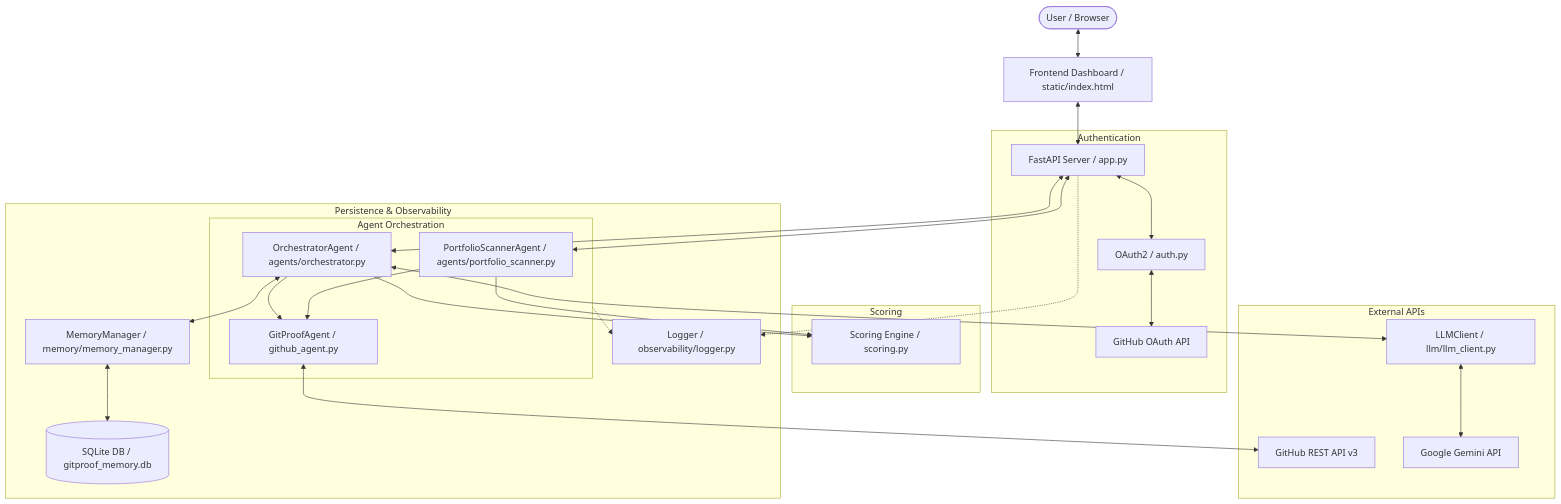
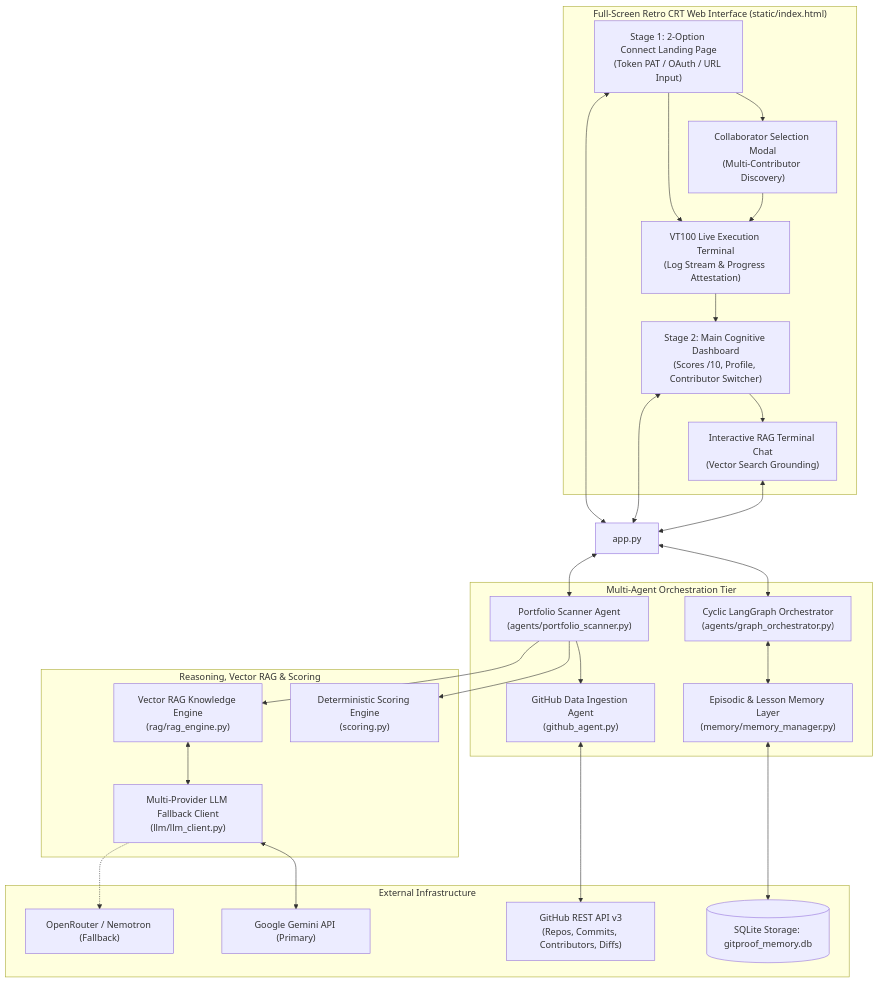
One commit to uselessdevloper/Git-Proof-Agent- changed the diagram in README.md. Above: the diagram before and after it, drawn with Mermaid. The commit also changed other lines of this file, not shown here.

Commit message:
docs(readme): add comprehensive quickstart guide, calibrated language scoring mathematics, and system architecture

````diff
--- a/README.md
+++ b/README.md
@@ -65,35 +143,55 @@
 ```mermaid
-flowchart TD
-    User([User / Browser]) <--> UI[Frontend Dashboard / static/index.html]
-    UI <--> FastAPI[FastAPI Server / app.py]
-    
-    subgraph Auth [Authentication]
-        FastAPI <--> AuthMod[OAuth2 / auth.py]
-        AuthMod <--> GitHubOAuth[GitHub OAuth API]
+graph TD
+    subgraph Frontend["Full-Screen Retro CRT Web Interface (static/index.html)"]
+        UI_Landing["Stage 1: 2-Option Connect Landing Page\n(Token PAT / OAuth / URL Input)"]
+        UI_CollabModal["Collaborator Selection Modal\n(Multi-Contributor Discovery)"]
+        UI_Scanner["VT100 Live Execution Terminal\n(Log Stream & Progress Attestation)"]
+        UI_Dashboard["Stage 2: Main Cognitive Dashboard\n(Scores /10, Profile, Contributor Switcher)"]
+        UI_RAG["Interactive RAG Terminal Chat\n(Vector Search Grounding)"]
+        
+        UI_Landing --> UI_CollabModal
+        UI_CollabModal --> UI_Scanner
+        UI_Landing --> UI_Scanner
+        UI_Scanner --> UI_Dashboard
+        UI_Dashboard --> UI_RAG
     end
 
-    subgraph Agents [Agent Orchestration]
-        FastAPI <--> Orchestrator[OrchestratorAgent / agents/orchestrator.py]
-        FastAPI <--> PortfolioScanner[PortfolioScannerAgent / agents/portfolio_scanner.py]
-        Orchestrator --> GitAgent[GitProofAgent / github_agent.py]
-        PortfolioScanner --> GitAgent
+    subgraph OrchestrationTier["Multi-Agent Orchestration Tier"]
+        LangGraph["Cyclic LangGraph Orchestrator\n(agents/graph_orchestrator.py)"]
+        PortfolioAgent["Portfolio Scanner Agent\n(agents/portfolio_scanner.py)"]
+        GitAgent["GitHub Data Ingestion Agent\n(github_agent.py)"]
+        MemoryLayer["Episodic & Lesson Memory Layer\n(memory/memory_manager.py)"]
     end
 
-    subgraph External [External APIs]
-        GitAgent <--> GitHubREST[GitHub REST API v3]
-        Orchestrator <--> LLM[LLMClient / llm/llm_client.py]
-        LLM <--> GeminiAPI[Google Gemini API]
+    subgraph IntelligenceTier["Reasoning, Vector RAG & Scoring"]
+        ScoringCore["Deterministic Scoring Engine\n(scoring.py)"]
+        RAGEngine["Vector RAG Knowledge Engine\n(rag/rag_engine.py)"]
+        LLMClient["Multi-Provider LLM Fallback Client\n(llm/llm_client.py)"]
     end
 
-    subgraph ScoringEngine [Scoring]
-        Orchestrator --> Scoring[Scoring Engine / scoring.py]
-        PortfolioScanner --> Scoring
+    subgraph ExternalServices["External Infrastructure"]
+        GitHubAPI["GitHub REST API v3\n(Repos, Commits, Contributors, Diffs)"]
+        GeminiFlash["Google Gemini API (Primary)"]
+        OpenRouterAPI["OpenRouter / Nemotron (Fallback)"]
+        SQLiteDB[(SQLite Storage: gitproof_memory.db)]
     end
 
-    subgraph Storage [Persistence & Observability]
-        Orchestrator <--> Memory[MemoryManager / memory/memory_manager.py]
-        Memory <--> SQLite[(SQLite DB / gitproof_memory.db)]
-        FastAPI -.-> Logger[Logger / observability/logger.py]
-        Agents -.-> Logger
-    end
+    UI_Landing <--> app.py
+    UI_Dashboard <--> app.py
+    UI_RAG <--> app.py
+
+    app.py <--> LangGraph
+    app.py <--> PortfolioAgent
+    
+    PortfolioAgent --> GitAgent
+    PortfolioAgent --> ScoringCore
+    PortfolioAgent --> RAGEngine
+    
+    GitAgent <--> GitHubAPI
+    LangGraph <--> MemoryLayer
+    MemoryLayer <--> SQLiteDB
+    
+    RAGEngine <--> LLMClient
+    LLMClient <--> GeminiFlash
+    LLMClient -.-> OpenRouterAPI
 ```
````
